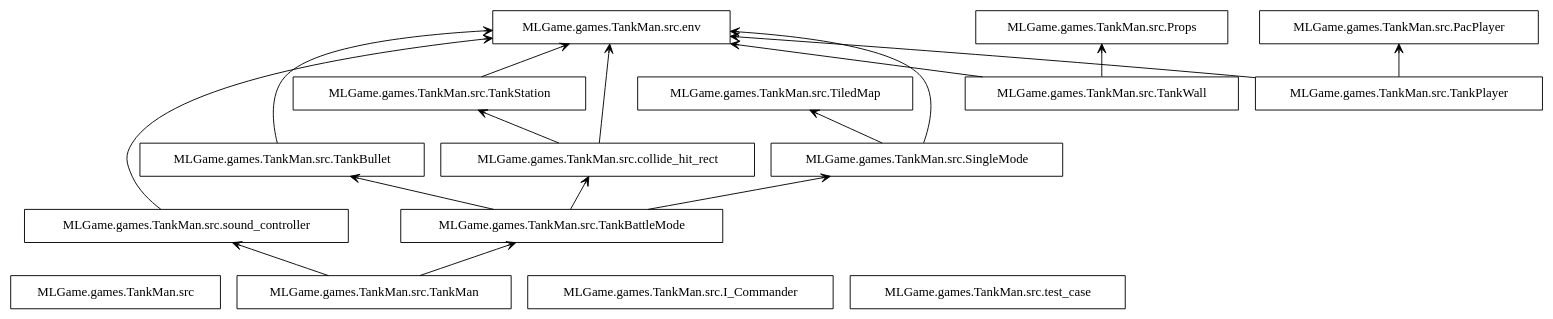
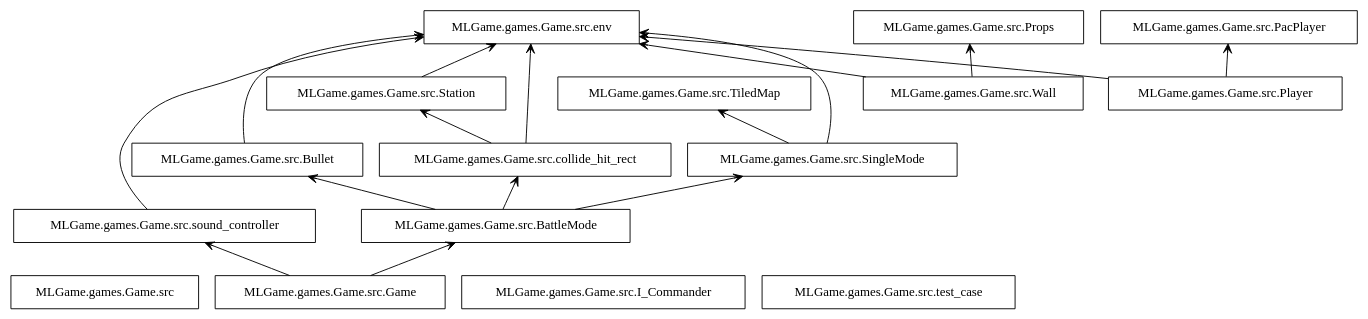
One commit to Jesse-Jumbo/TankMan changed the diagram in doc/packages.dot. Above: the diagram before and after it, drawn with Graphviz. The commit also changed 24 other files, not shown here.

```diff
--- a/doc/packages.dot
+++ b/doc/packages.dot
@@ -1,36 +1,36 @@
 digraph "packages" {
 rankdir=BT
 charset="utf-8"
-"MLGame.games.TankMan.src" [color="black", label="MLGame.games.TankMan.src", shape="box", style="solid"];
-"MLGame.games.TankMan.src.TankBattleMode" [color="black", label="MLGame.games.TankMan.src.TankBattleMode", shape="box", style="solid"];
-"MLGame.games.TankMan.src.TankBullet" [color="black", label="MLGame.games.TankMan.src.TankBullet", shape="box", style="solid"];
-"MLGame.games.TankMan.src.SingleMode" [color="black", label="MLGame.games.TankMan.src.SingleMode", shape="box", style="solid"];
-"MLGame.games.TankMan.src.I_Commander" [color="black", label="MLGame.games.TankMan.src.I_Commander", shape="box", style="solid"];
-"MLGame.games.TankMan.src.TankWall" [color="black", label="MLGame.games.TankMan.src.TankWall", shape="box", style="solid"];
-"MLGame.games.TankMan.src.PacPlayer" [color="black", label="MLGame.games.TankMan.src.PacPlayer", shape="box", style="solid"];
-"MLGame.games.TankMan.src.Props" [color="black", label="MLGame.games.TankMan.src.Props", shape="box", style="solid"];
-"MLGame.games.TankMan.src.TankStation" [color="black", label="MLGame.games.TankMan.src.TankStation", shape="box", style="solid"];
-"MLGame.games.TankMan.src.TankMan" [color="black", label="MLGame.games.TankMan.src.TankMan", shape="box", style="solid"];
-"MLGame.games.TankMan.src.TiledMap" [color="black", label="MLGame.games.TankMan.src.TiledMap", shape="box", style="solid"];
-"MLGame.games.TankMan.src.TankPlayer" [color="black", label="MLGame.games.TankMan.src.TankPlayer", shape="box", style="solid"];
-"MLGame.games.TankMan.src.collide_hit_rect" [color="black", label="MLGame.games.TankMan.src.collide_hit_rect", shape="box", style="solid"];
-"MLGame.games.TankMan.src.env" [color="black", label="MLGame.games.TankMan.src.env", shape="box", style="solid"];
-"MLGame.games.TankMan.src.sound_controller" [color="black", label="MLGame.games.TankMan.src.sound_controller", shape="box", style="solid"];
-"MLGame.games.TankMan.src.test_case" [color="black", label="MLGame.games.TankMan.src.test_case", shape="box", style="solid"];
-"MLGame.games.TankMan.src.TankBattleMode" -> "MLGame.games.TankMan.src.TankBullet" [arrowhead="open", arrowtail="none"];
-"MLGame.games.TankMan.src.TankBattleMode" -> "MLGame.games.TankMan.src.SingleMode" [arrowhead="open", arrowtail="none"];
-"MLGame.games.TankMan.src.TankBattleMode" -> "MLGame.games.TankMan.src.collide_hit_rect" [arrowhead="open", arrowtail="none"];
-"MLGame.games.TankMan.src.TankBullet" -> "MLGame.games.TankMan.src.env" [arrowhead="open", arrowtail="none"];
-"MLGame.games.TankMan.src.SingleMode" -> "MLGame.games.TankMan.src.TiledMap" [arrowhead="open", arrowtail="none"];
-"MLGame.games.TankMan.src.SingleMode" -> "MLGame.games.TankMan.src.env" [arrowhead="open", arrowtail="none"];
-"MLGame.games.TankMan.src.TankWall" -> "MLGame.games.TankMan.src.Props" [arrowhead="open", arrowtail="none"];
-"MLGame.games.TankMan.src.TankWall" -> "MLGame.games.TankMan.src.env" [arrowhead="open", arrowtail="none"];
-"MLGame.games.TankMan.src.TankStation" -> "MLGame.games.TankMan.src.env" [arrowhead="open", arrowtail="none"];
-"MLGame.games.TankMan.src.TankMan" -> "MLGame.games.TankMan.src.TankBattleMode" [arrowhead="open", arrowtail="none"];
-"MLGame.games.TankMan.src.TankMan" -> "MLGame.games.TankMan.src.sound_controller" [arrowhead="open", arrowtail="none"];
-"MLGame.games.TankMan.src.TankPlayer" -> "MLGame.games.TankMan.src.PacPlayer" [arrowhead="open", arrowtail="none"];
-"MLGame.games.TankMan.src.TankPlayer" -> "MLGame.games.TankMan.src.env" [arrowhead="open", arrowtail="none"];
-"MLGame.games.TankMan.src.collide_hit_rect" -> "MLGame.games.TankMan.src.TankStation" [arrowhead="open", arrowtail="none"];
-"MLGame.games.TankMan.src.collide_hit_rect" -> "MLGame.games.TankMan.src.env" [arrowhead="open", arrowtail="none"];
-"MLGame.games.TankMan.src.sound_controller" -> "MLGame.games.TankMan.src.env" [arrowhead="open", arrowtail="none"];
+"MLGame.games.Game.src" [color="black", label="MLGame.games.Game.src", shape="box", style="solid"];
+"MLGame.games.Game.src.BattleMode" [color="black", label="MLGame.games.Game.src.BattleMode", shape="box", style="solid"];
+"MLGame.games.Game.src.Bullet" [color="black", label="MLGame.games.Game.src.Bullet", shape="box", style="solid"];
+"MLGame.games.Game.src.SingleMode" [color="black", label="MLGame.games.Game.src.SingleMode", shape="box", style="solid"];
+"MLGame.games.Game.src.I_Commander" [color="black", label="MLGame.games.Game.src.I_Commander", shape="box", style="solid"];
+"MLGame.games.Game.src.Wall" [color="black", label="MLGame.games.Game.src.Wall", shape="box", style="solid"];
+"MLGame.games.Game.src.PacPlayer" [color="black", label="MLGame.games.Game.src.PacPlayer", shape="box", style="solid"];
+"MLGame.games.Game.src.Props" [color="black", label="MLGame.games.Game.src.Props", shape="box", style="solid"];
+"MLGame.games.Game.src.Station" [color="black", label="MLGame.games.Game.src.Station", shape="box", style="solid"];
+"MLGame.games.Game.src.Game" [color="black", label="MLGame.games.Game.src.Game", shape="box", style="solid"];
+"MLGame.games.Game.src.TiledMap" [color="black", label="MLGame.games.Game.src.TiledMap", shape="box", style="solid"];
+"MLGame.games.Game.src.Player" [color="black", label="MLGame.games.Game.src.Player", shape="box", style="solid"];
+"MLGame.games.Game.src.collide_hit_rect" [color="black", label="MLGame.games.Game.src.collide_hit_rect", shape="box", style="solid"];
+"MLGame.games.Game.src.env" [color="black", label="MLGame.games.Game.src.env", shape="box", style="solid"];
+"MLGame.games.Game.src.sound_controller" [color="black", label="MLGame.games.Game.src.sound_controller", shape="box", style="solid"];
+"MLGame.games.Game.src.test_case" [color="black", label="MLGame.games.Game.src.test_case", shape="box", style="solid"];
+"MLGame.games.Game.src.BattleMode" -> "MLGame.games.Game.src.Bullet" [arrowhead="open", arrowtail="none"];
+"MLGame.games.Game.src.BattleMode" -> "MLGame.games.Game.src.SingleMode" [arrowhead="open", arrowtail="none"];
+"MLGame.games.Game.src.BattleMode" -> "MLGame.games.Game.src.collide_hit_rect" [arrowhead="open", arrowtail="none"];
+"MLGame.games.Game.src.Bullet" -> "MLGame.games.Game.src.env" [arrowhead="open", arrowtail="none"];
+"MLGame.games.Game.src.SingleMode" -> "MLGame.games.Game.src.TiledMap" [arrowhead="open", arrowtail="none"];
+"MLGame.games.Game.src.SingleMode" -> "MLGame.games.Game.src.env" [arrowhead="open", arrowtail="none"];
+"MLGame.games.Game.src.Wall" -> "MLGame.games.Game.src.Props" [arrowhead="open", arrowtail="none"];
+"MLGame.games.Game.src.Wall" -> "MLGame.games.Game.src.env" [arrowhead="open", arrowtail="none"];
+"MLGame.games.Game.src.Station" -> "MLGame.games.Game.src.env" [arrowhead="open", arrowtail="none"];
+"MLGame.games.Game.src.Game" -> "MLGame.games.Game.src.BattleMode" [arrowhead="open", arrowtail="none"];
+"MLGame.games.Game.src.Game" -> "MLGame.games.Game.src.sound_controller" [arrowhead="open", arrowtail="none"];
+"MLGame.games.Game.src.Player" -> "MLGame.games.Game.src.PacPlayer" [arrowhead="open", arrowtail="none"];
+"MLGame.games.Game.src.Player" -> "MLGame.games.Game.src.env" [arrowhead="open", arrowtail="none"];
+"MLGame.games.Game.src.collide_hit_rect" -> "MLGame.games.Game.src.Station" [arrowhead="open", arrowtail="none"];
+"MLGame.games.Game.src.collide_hit_rect" -> "MLGame.games.Game.src.env" [arrowhead="open", arrowtail="none"];
+"MLGame.games.Game.src.sound_controller" -> "MLGame.games.Game.src.env" [arrowhead="open", arrowtail="none"];
 }
```
